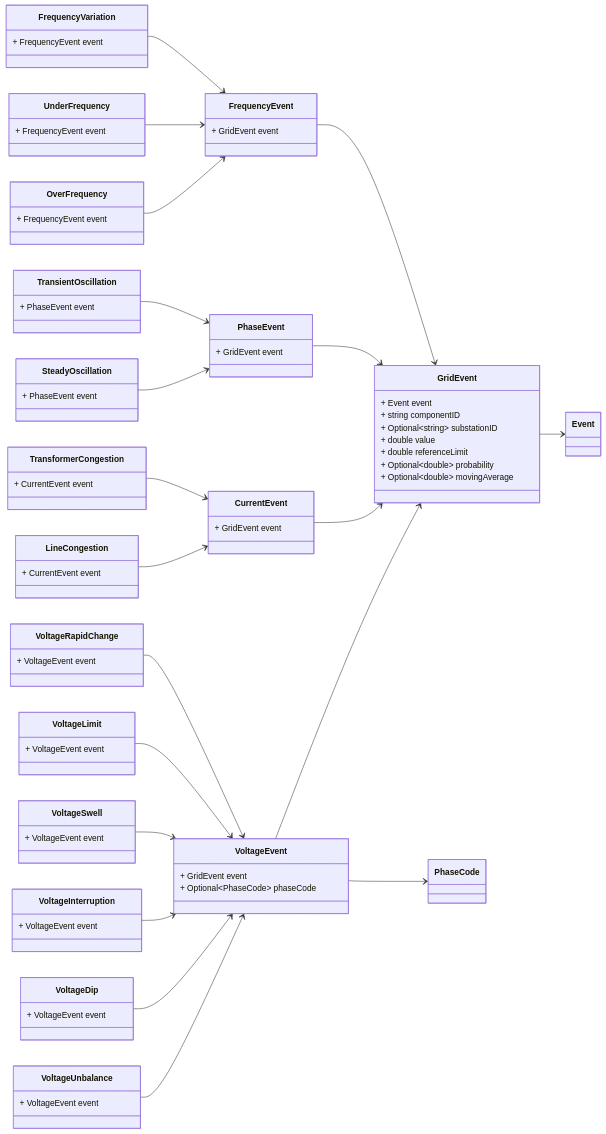
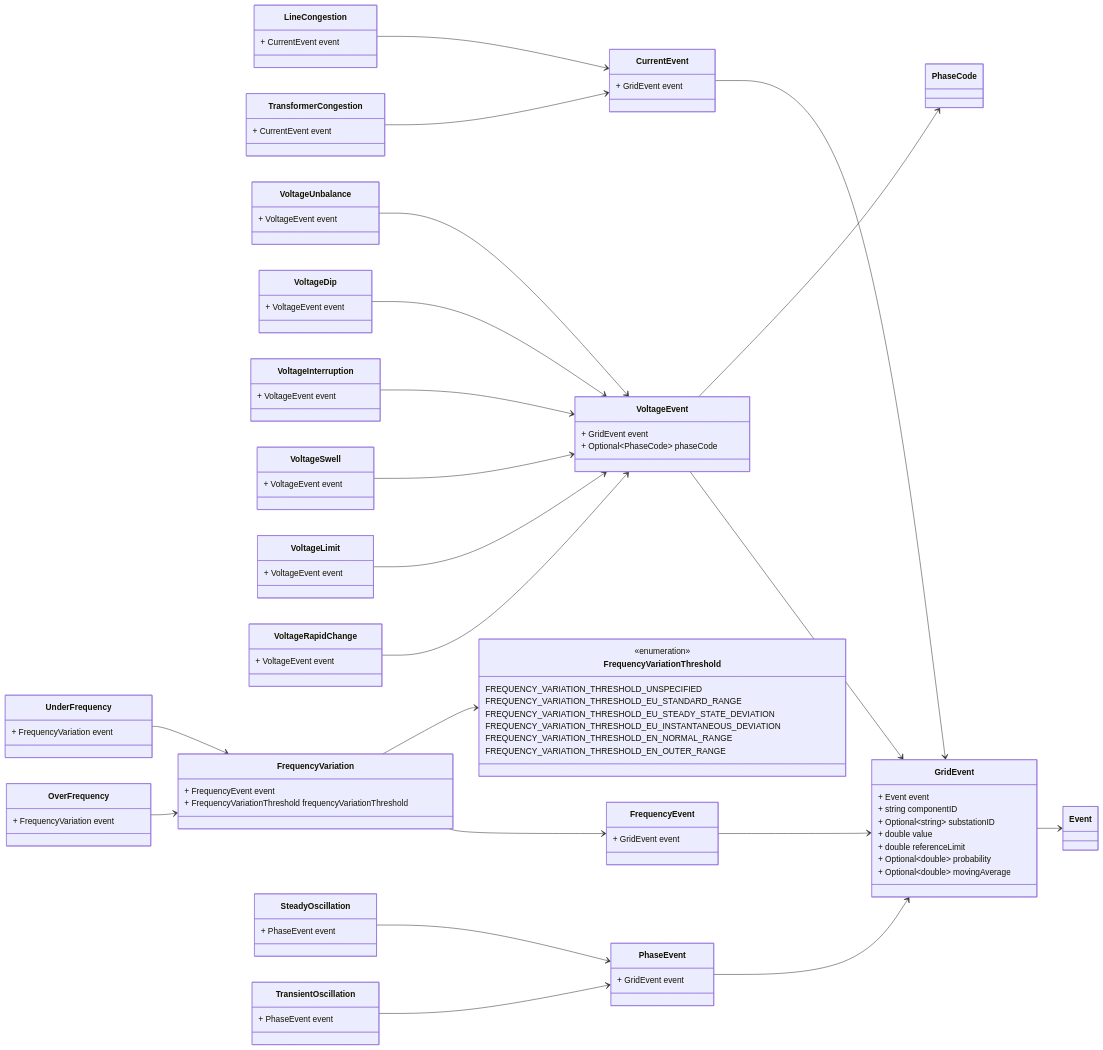
Before and after one commit to zaphiro-technologies/protobuf: the first of 20 diagrams in docs/data_format/grid/v1/grid_event.proto.md, drawn with Mermaid. The commit also changed other lines of this file and 13 other files, not shown here.

First line of the commit message:
`FrequencyVariations`: add `FrequencyVariationThreshold` field to better support EN5160 and EU 2017/1485 (#155)

````diff
--- a/docs/data_format/grid/v1/grid_event.proto.md
+++ b/docs/data_format/grid/v1/grid_event.proto.md
@@ -143,24 +143,26 @@
 
 %% 
 
+class FrequencyVariation {
+  + FrequencyEvent event
+  + FrequencyVariationThreshold frequencyVariationThreshold
+}
+FrequencyVariation --> `FrequencyEvent`
+FrequencyVariation --> `FrequencyVariationThreshold`
+
+%% 
+
 class OverFrequency {
-  + FrequencyEvent event
+  + FrequencyVariation event
 }
-OverFrequency --> `FrequencyEvent`
+OverFrequency --> `FrequencyVariation`
 
 %% 
 
 class UnderFrequency {
-  + FrequencyEvent event
+  + FrequencyVariation event
 }
-UnderFrequency --> `FrequencyEvent`
-
-%% 
-
-class FrequencyVariation {
-  + FrequencyEvent event
-}
-FrequencyVariation --> `FrequencyEvent`
+UnderFrequency --> `FrequencyVariation`
 
 %% 
 
@@ -175,5 +177,16 @@
   + PhaseEvent event
 }
 TransientOscillation --> `PhaseEvent`
+%% The collection of FrequencyVariationThreshold Types defined so far.
+
+class FrequencyVariationThreshold{
+  <<enumeration>>
+  FREQUENCY_VARIATION_THRESHOLD_UNSPECIFIED
+  FREQUENCY_VARIATION_THRESHOLD_EU_STANDARD_RANGE
+  FREQUENCY_VARIATION_THRESHOLD_EU_STEADY_STATE_DEVIATION
+  FREQUENCY_VARIATION_THRESHOLD_EU_INSTANTANEOUS_DEVIATION
+  FREQUENCY_VARIATION_THRESHOLD_EN_NORMAL_RANGE
+  FREQUENCY_VARIATION_THRESHOLD_EN_OUTER_RANGE
+}
 
 ```
````
